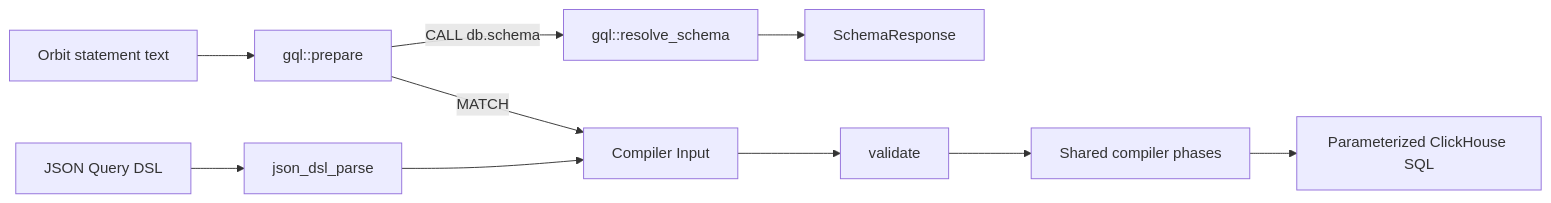
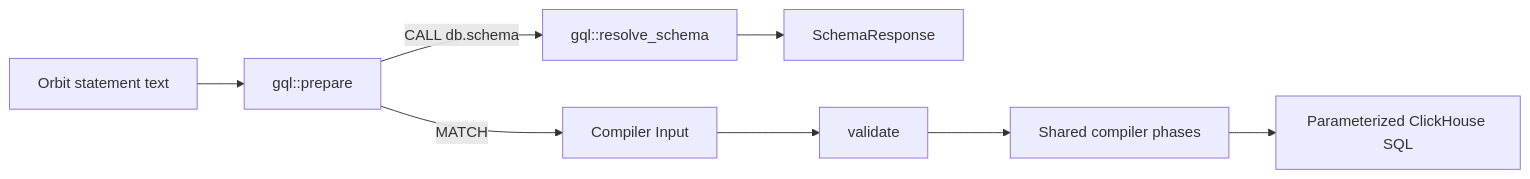
The diagram in docs/design-documents/querying/orbit_query_frontend.md (gitlabhq/orbit-knowledge-graph), drawn with Mermaid before and after one commit. The commit also changed other lines of this file and 633 other files, not shown here.

First line of the commit message:
feat(query): remove the JSON Query DSL

````diff
--- a/docs/design-documents/querying/orbit_query_frontend.md
+++ b/docs/design-documents/querying/orbit_query_frontend.md
@@ -30,12 +29,10 @@
 ```mermaid
 flowchart LR
     Gql[Orbit statement text] --> GqlPrepare[gql::prepare]
     GqlPrepare -->|MATCH| Input[Compiler Input]
     GqlPrepare -->|CALL db.schema| Resolve[gql::resolve_schema]
     Resolve --> Schema[SchemaResponse]
-    JSON[JSON Query DSL] --> JsonDslParse[json_dsl_parse]
-    JsonDslParse --> Input
     Input --> Validate[validate]
     Validate --> Pipeline[Shared compiler phases]
     Pipeline --> SQL[Parameterized ClickHouse SQL]
 ```
````
